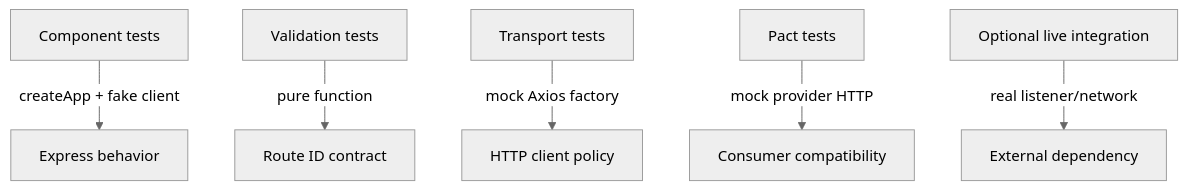
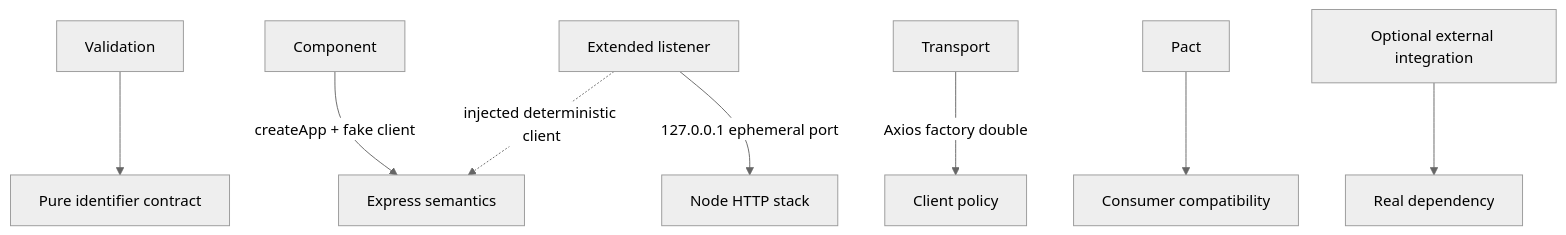
One commit to portyu9/qa-automation-node-supertest changed the second of 3 diagrams in README.md. Above: the diagram before and after it, drawn with Mermaid (neutral theme). The commit also changed other lines of this file and 6 other files, not shown here.

````diff
--- a/README.md
+++ b/README.md
@@ -109,8 +134,10 @@
 ```mermaid
 flowchart TD
-    C[Component tests] -->|createApp + fake client| E[Express behavior]
-    V[Validation tests] -->|pure function| ID[Route ID contract]
-    X[Transport tests] -->|mock Axios factory| H[HTTP client policy]
-    P[Pact tests] -->|mock provider HTTP| CONTRACT[Consumer compatibility]
-    L[Optional live integration] -->|real listener/network| EXT[External dependency]
+    C[Component] -->|createApp + fake client| E[Express semantics]
+    V[Validation] --> PURE[Pure identifier contract]
+    T[Transport] -->|Axios factory double| HTTP[Client policy]
+    P[Pact] --> CONTRACT[Consumer compatibility]
+    L[Extended listener] -->|127.0.0.1 ephemeral port| TCP[Node HTTP stack]
+    L -. injected deterministic client .-> E
+    LIVE[Optional external integration] --> EXT[Real dependency]
 ```
````
